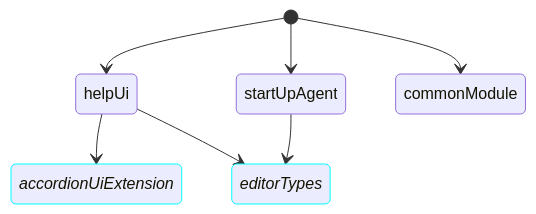
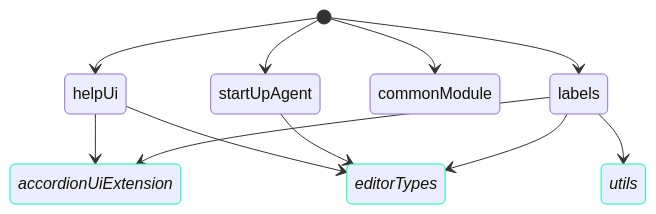
Before and after one commit to DataFlowAnalysis/OnlineEditor: the diagram in frontend/webEditor/dependencyGraph.md, drawn with Mermaid. The commit also changed 11 other files, not shown here.

````diff
--- a/frontend/webEditor/dependencyGraph.md
+++ b/frontend/webEditor/dependencyGraph.md
@@ -1,12 +1,16 @@
 ```mermaid
 stateDiagram-v2
     [*] --> helpUi
     [*] --> startUpAgent
     helpUi --> accordionUiExtension
     helpUi --> editorTypes
     startUpAgent --> editorTypes
     [*] --> commonModule
+    [*] --> labels
+    labels --> utils
+    labels --> editorTypes
+    labels --> accordionUiExtension
 
-    classDef diLess font-style:italic,stroke:#0ff
-    class accordionUiExtension,editorTypes diLess
+    classDef diLess font-style:italic,stroke:#0fa
+    class accordionUiExtension,editorTypes,utils diLess
 ```
````
